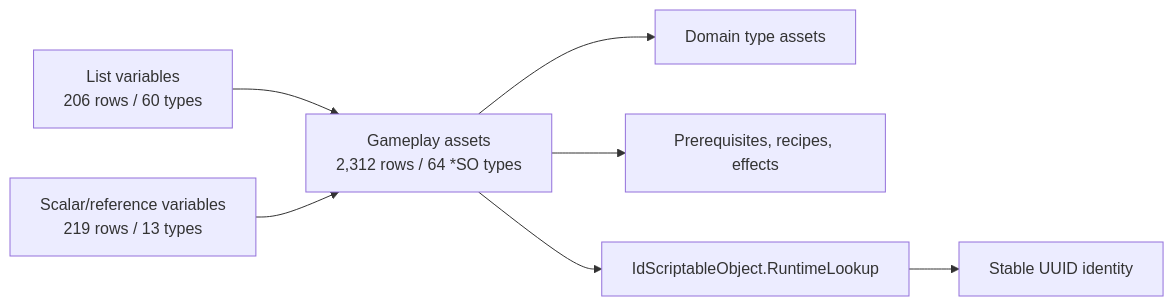
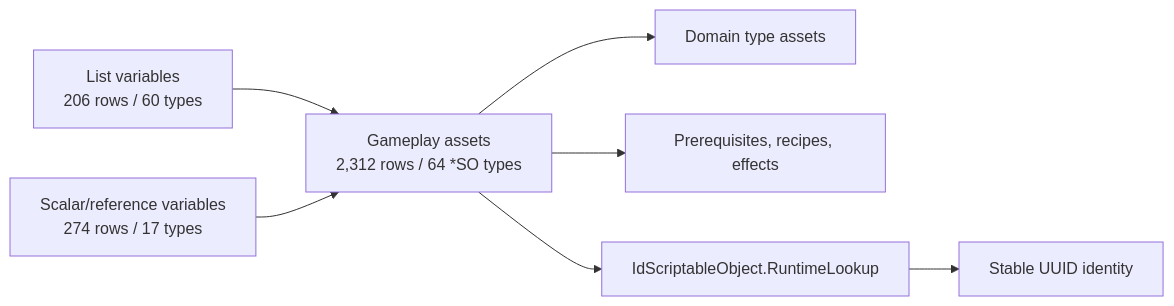
Before and after one commit to Vojow/OrbOfCreation-ModSuite: the diagram in docs/reverse-engineering/entity-catalog.md, drawn with Mermaid. The commit also changed other lines of this file and 1425 other files, not shown here.

````diff
--- a/docs/reverse-engineering/entity-catalog.md
+++ b/docs/reverse-engineering/entity-catalog.md
@@ -24,9 +24,9 @@
 ```mermaid
 flowchart LR
     Assets["Gameplay assets<br/>2,312 rows / 64 *SO types"] --> Types["Domain type assets"]
     Assets --> Relations["Prerequisites, recipes, effects"]
     Lists["List variables<br/>206 rows / 60 types"] --> Assets
-    Scalars["Scalar/reference variables<br/>219 rows / 13 types"] --> Assets
+    Scalars["Scalar/reference variables<br/>274 rows / 17 types"] --> Assets
     Assets --> Registry["IdScriptableObject.RuntimeLookup"]
     Registry --> UUID["Stable UUID identity"]
 ```
````
